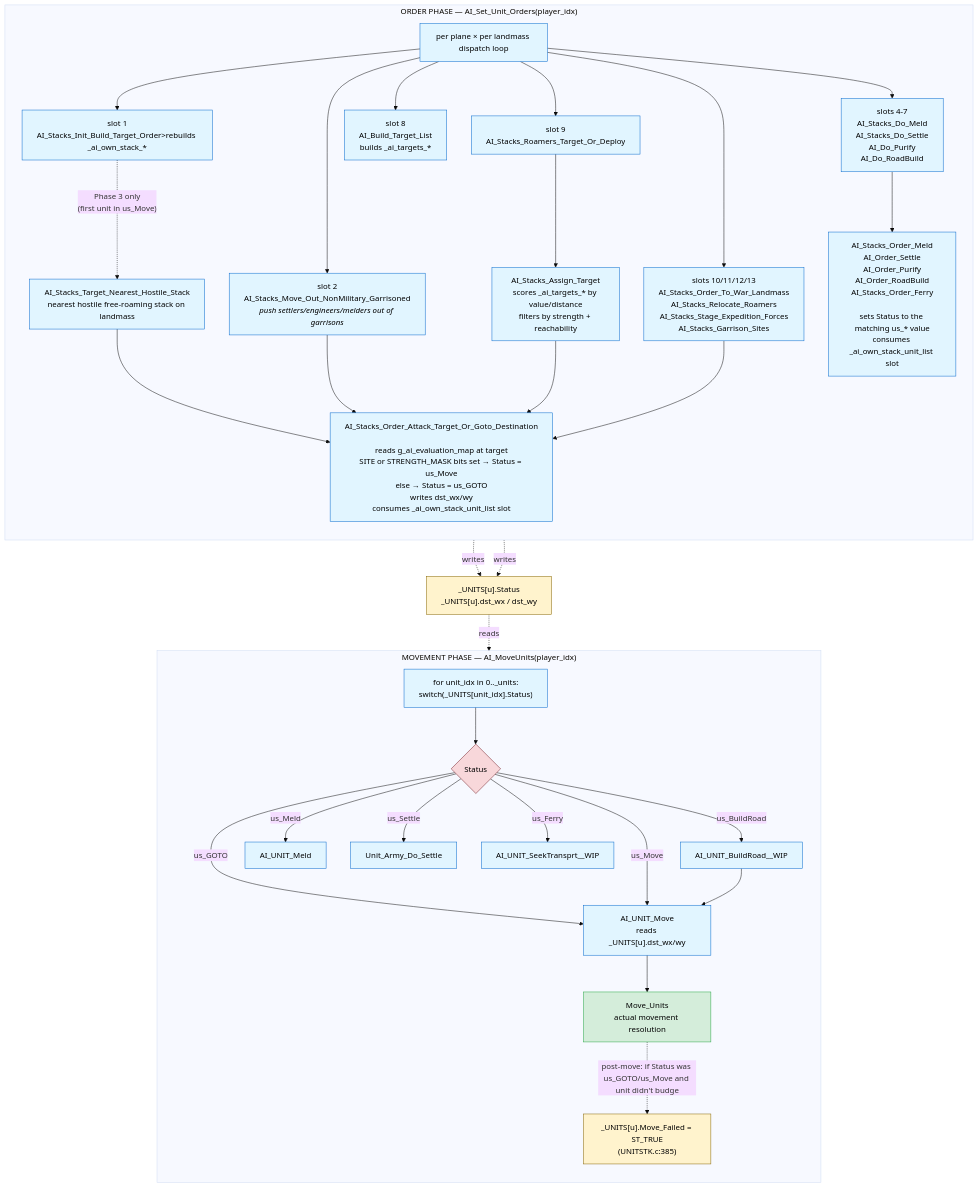
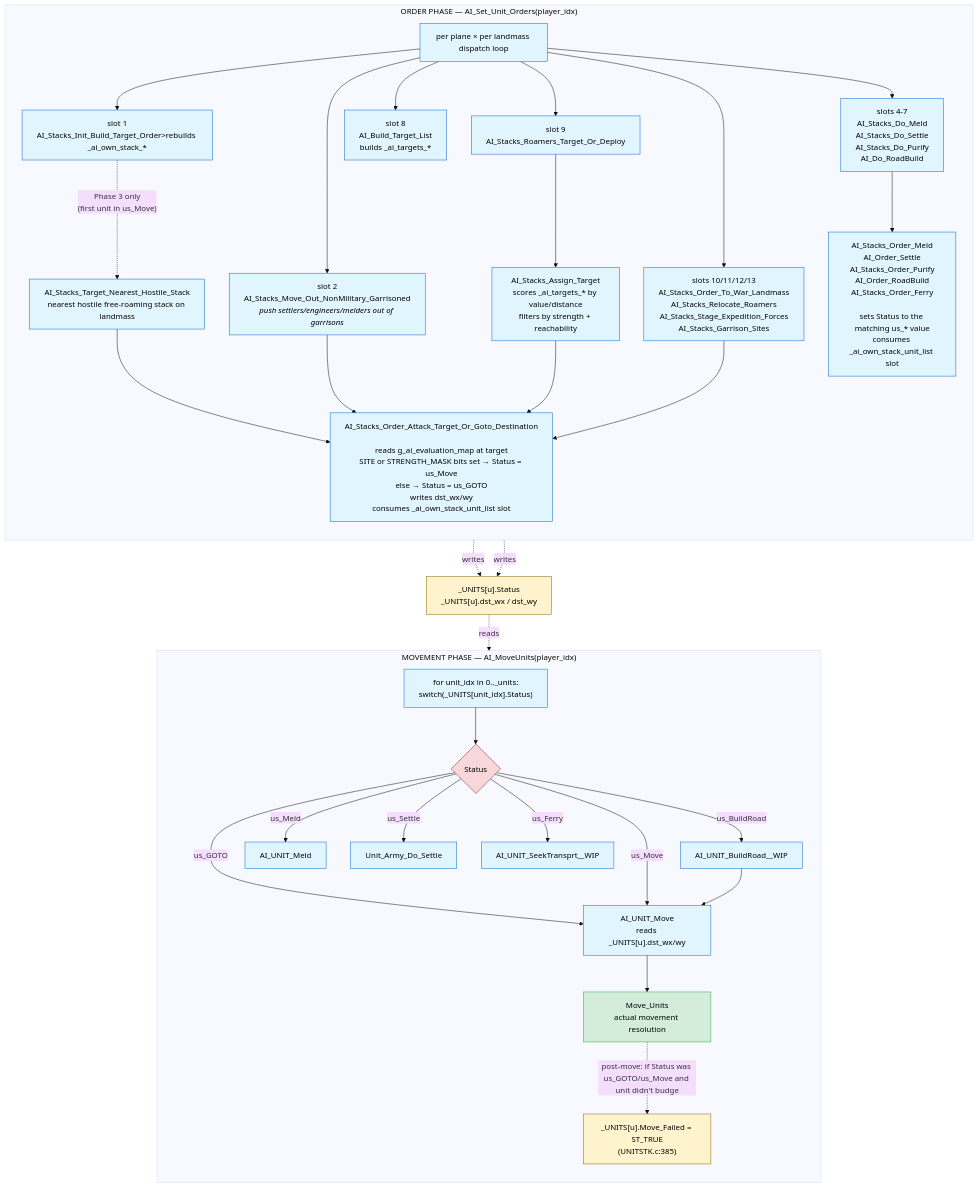
Before and after one commit to jbalcomb/ReMoM: the second of 3 diagrams in doc/ComputerPlayer/AI-Turn-Diagrams.md, drawn with Mermaid (base theme). The commit also changed 25 other files, not shown here.

Commit message:
done-done AI_Stacks_Do_Purify()

````diff
--- a/doc/ComputerPlayer/AI-Turn-Diagrams.md
+++ b/doc/ComputerPlayer/AI-Turn-Diagrams.md
@@ -39,56 +39,56 @@
 ```mermaid
 flowchart TD
     classDef phase fill:#f5f5f5,stroke:#666,stroke-width:2px,color:#000
     classDef func fill:#e1f5ff,stroke:#0066cc,color:#000
     classDef state fill:#fff3cd,stroke:#856404,color:#000
     classDef terminal fill:#d4edda,stroke:#28a745,color:#000
     classDef gate fill:#f8d7da,stroke:#721c24,color:#000
 
     subgraph PhaseOrders["ORDER PHASE — AI_Set_Unit_Orders(player_idx)"]
         direction TB
         Dispatch["per plane × per landmass dispatch loop"]:::func
 
         Dispatch --> Slot1["slot 1<br/>AI_Stacks_Init_Build_Target_Order>rebuilds _ai_own_stack_*</i>"]:::func
         Dispatch --> Slot2["slot 2<br/>AI_Stacks_Move_Out_NonMilitary_Garrisoned<br/><i>push settlers/engineers/melders out of garrisons</i>"]:::func
-        Dispatch --> Slots4_7["slots 4-7<br/>AI_Stacks_Do_Meld<br/>AI_Stacks_Do_Settle<br/>AI_Do_Purify<br/>AI_Do_RoadBuild"]:::func
+        Dispatch --> Slots4_7["slots 4-7<br/>AI_Stacks_Do_Meld<br/>AI_Stacks_Do_Settle<br/>AI_Stacks_Do_Purify<br/>AI_Do_RoadBuild"]:::func
         Dispatch --> Slot8["slot 8<br/>AI_Build_Target_List<br/>builds _ai_targets_*"]:::func
         Dispatch --> Slot9["slot 9<br/>AI_Stacks_Roamers_Target_Or_Deploy"]:::func
         Dispatch --> SlotsRally["slots 10/11/12/13<br/>AI_Stacks_Order_To_War_Landmass<br/>AI_Stacks_Relocate_Roamers<br/>AI_Stacks_Stage_Expedition_Forces<br/>AI_Stacks_Garrison_Sites"]:::func
 
         Slot1 -. "Phase 3 only<br/>(first unit in us_Move)" .-> FindNearest["AI_Stacks_Target_Nearest_Hostile_Stack<br/>nearest hostile free-roaming stack on landmass"]:::func
         FindNearest --> SetTgt
 
         Slot2 --> SetTgt
         Slot9 --> AssignTgt["AI_Stacks_Assign_Target<br/>scores _ai_targets_* by value/distance<br/>filters by strength + reachability"]:::func
         AssignTgt --> SetTgt
         SlotsRally --> SetTgt
 
         SetTgt["AI_Stacks_Order_Attack_Target_Or_Goto_Destination<br/><br/>reads g_ai_evaluation_map at target<br/>SITE or STRENGTH_MASK bits set → Status = us_Move<br/>else → Status = us_GOTO<br/>writes dst_wx/wy<br/>consumes _ai_own_stack_unit_list slot"]:::func
 
-        Slots4_7 --> OrderXxx["AI_Stacks_Order_Meld<br/>AI_Order_Settle<br/>AI_Order_Purify<br/>AI_Order_RoadBuild<br/>AI_Stacks_Order_Ferry<br/><br/>sets Status to the matching us_* value<br/>consumes _ai_own_stack_unit_list slot"]:::func
+        Slots4_7 --> OrderXxx["AI_Stacks_Order_Meld<br/>AI_Order_Settle<br/>AI_Stacks_Order_Purify<br/>AI_Order_RoadBuild<br/>AI_Stacks_Order_Ferry<br/><br/>sets Status to the matching us_* value<br/>consumes _ai_own_stack_unit_list slot"]:::func
     end
 
     SetTgt -. "writes" .-> UnitFields
     OrderXxx -. "writes" .-> UnitFields
 
     UnitFields["_UNITS[u].Status<br/>_UNITS[u].dst_wx / dst_wy"]:::state
 
     subgraph PhaseMove["MOVEMENT PHASE — AI_MoveUnits(player_idx)"]
         direction TB
         MoveLoop["for unit_idx in 0.._units:<br/>switch(_UNITS[unit_idx].Status)"]:::func
         MoveLoop --> StatusGate{Status}:::gate
         StatusGate -- "us_GOTO" --> UnitMove
         StatusGate -- "us_Move" --> UnitMove
         StatusGate -- "us_BuildRoad" --> BuildRoad["AI_UNIT_BuildRoad__WIP"]:::func
         BuildRoad --> UnitMove
         StatusGate -- "us_Meld" --> UnitMeld["AI_UNIT_Meld"]:::func
         StatusGate -- "us_Settle" --> UnitSettle["Unit_Army_Do_Settle"]:::func
         StatusGate -- "us_Ferry" --> UnitSeek["AI_UNIT_SeekTransprt__WIP"]:::func
 
         UnitMove["AI_UNIT_Move<br/>reads _UNITS[u].dst_wx/wy"]:::func --> MoveUnits["Move_Units<br/>actual movement resolution"]:::terminal
 
         MoveUnits -. "post-move: if Status was us_GOTO/us_Move and unit didn't budge" .-> MoveFailed["_UNITS[u].Move_Failed = ST_TRUE<br/>(UNITSTK.c:385)"]:::state
     end
 
     UnitFields -. "reads" .-> MoveLoop
 ```
````
